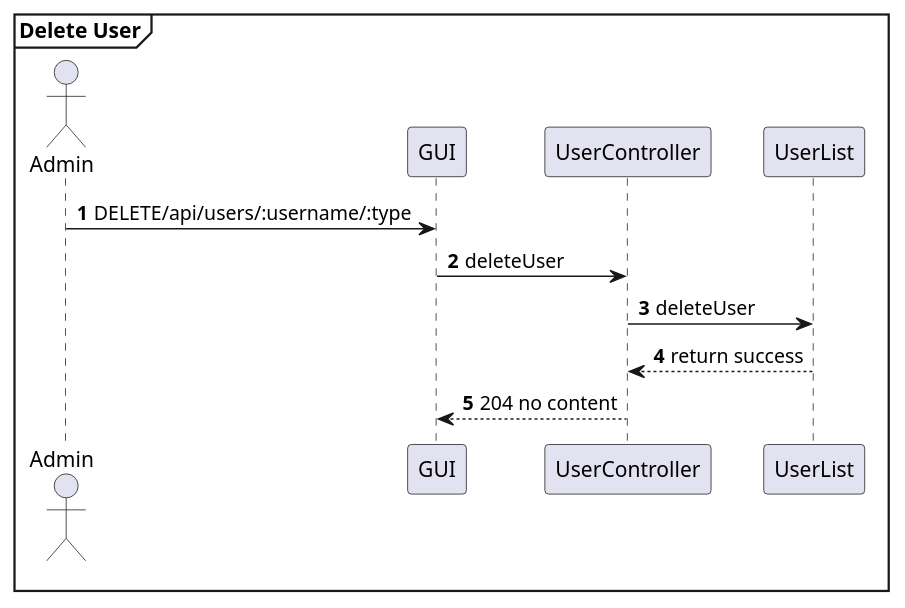
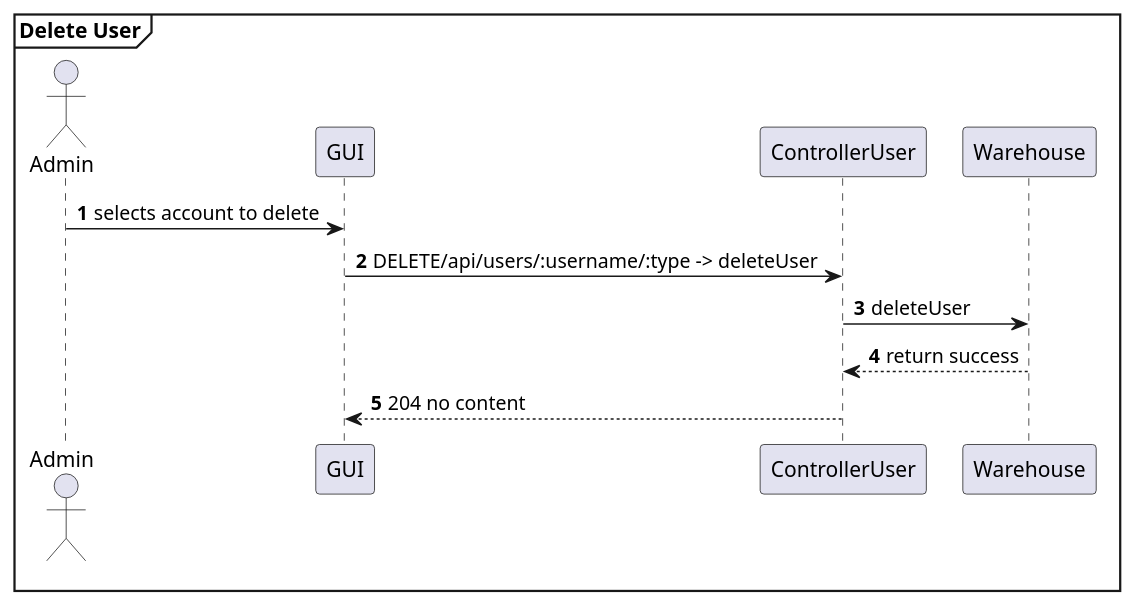
Diagram 16 of 32 in DesignDocument.md (AlexZampa/EzWh), drawn with PlantUML before and after one commit. The commit also changed other lines of this file, not shown here.

````diff
--- a/DesignDocument.md
+++ b/DesignDocument.md
@@ -807,17 +832,17 @@
 ```plantuml
 @startuml
 mainframe **Delete User**
 actor Admin
 participant GUI
-participant UserController
-participant UserList
+participant ControllerUser
+participant Warehouse
 
 autonumber
-Admin -> GUI : DELETE/api/users/:username/:type
-GUI -> UserController : deleteUser
-UserController -> UserList : deleteUser
-UserController <-- UserList : return success
-GUI <-- UserController : 204 no content
+Admin -> GUI : selects account to delete
+GUI -> ControllerUser : DELETE/api/users/:username/:type -> deleteUser
+ControllerUser -> Warehouse : deleteUser
+ControllerUser <-- Warehouse : return success
+GUI <-- ControllerUser : 204 no content
 
 @enduml
 ```
````
